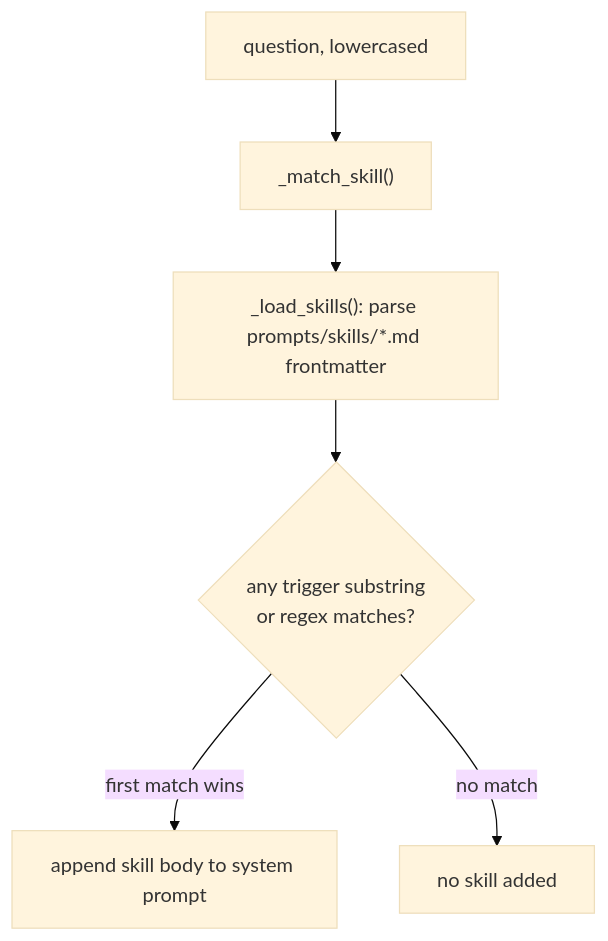
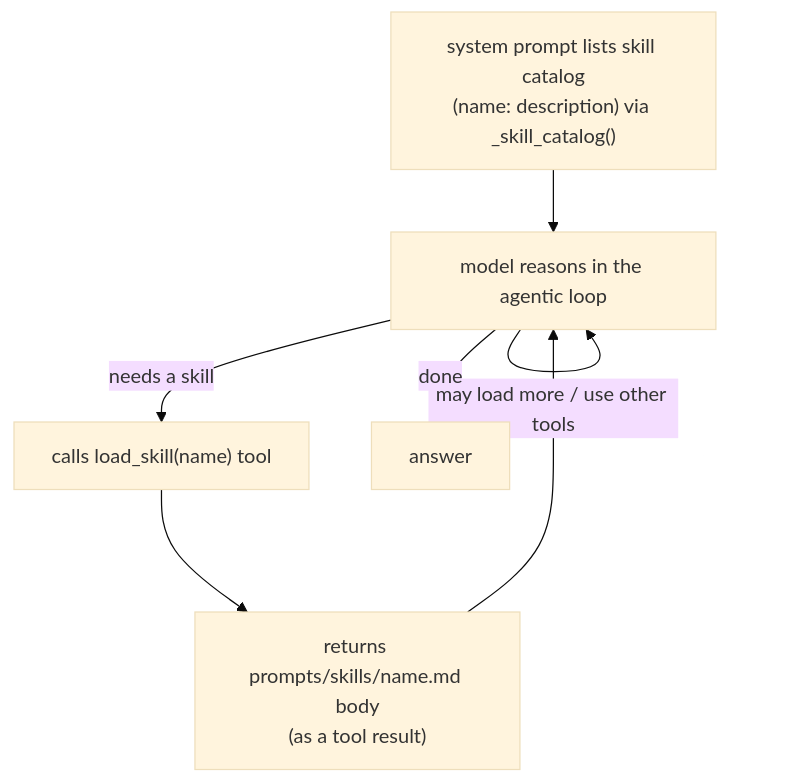
One commit to Cooperation-org/amebo changed the fourth of 4 diagrams in backend/prompts/README.md. Above: the diagram before and after it, drawn with Mermaid (base theme). The commit also changed other lines of this file, not shown here.

Commit message:
docs(prompts): reflect model-driven skill selection (load_skill) now live

````diff
--- a/backend/prompts/README.md
+++ b/backend/prompts/README.md
@@ -88,8 +91,9 @@
 ```mermaid
 flowchart TD
-    Q[question, lowercased] --> M["_match_skill()"]
-    M --> L["_load_skills(): parse prompts/skills/*.md frontmatter"]
-    L --> T{"any trigger substring\nor regex matches?"}
-    T -->|first match wins| INJ["append skill body to system prompt"]
-    T -->|no match| NONE[no skill added]
+    CAT["system prompt lists skill catalog\n(name: description) via _skill_catalog()"] --> MODEL[model reasons in the agentic loop]
+    MODEL -->|needs a skill| LS["calls load_skill(name) tool"]
+    LS --> BODY["returns prompts/skills/name.md body\n(as a tool result)"]
+    BODY --> MODEL
+    MODEL -->|may load more / use other tools| MODEL
+    MODEL -->|done| ANS[answer]
 ```
````
